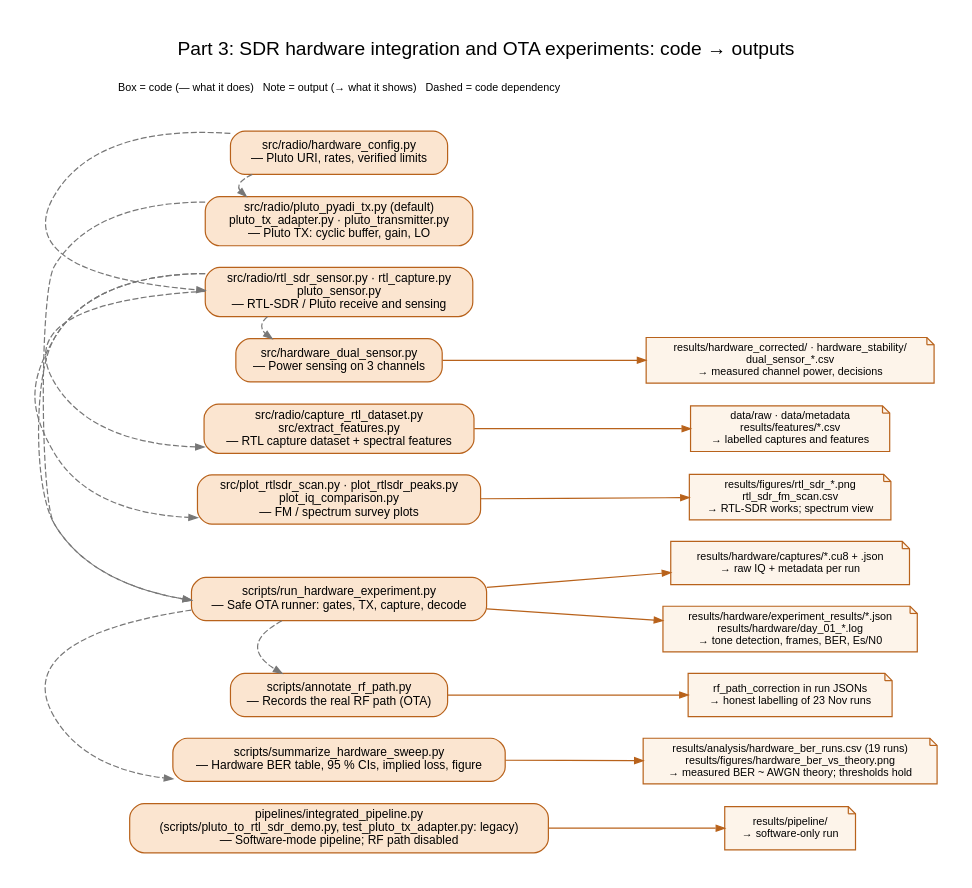
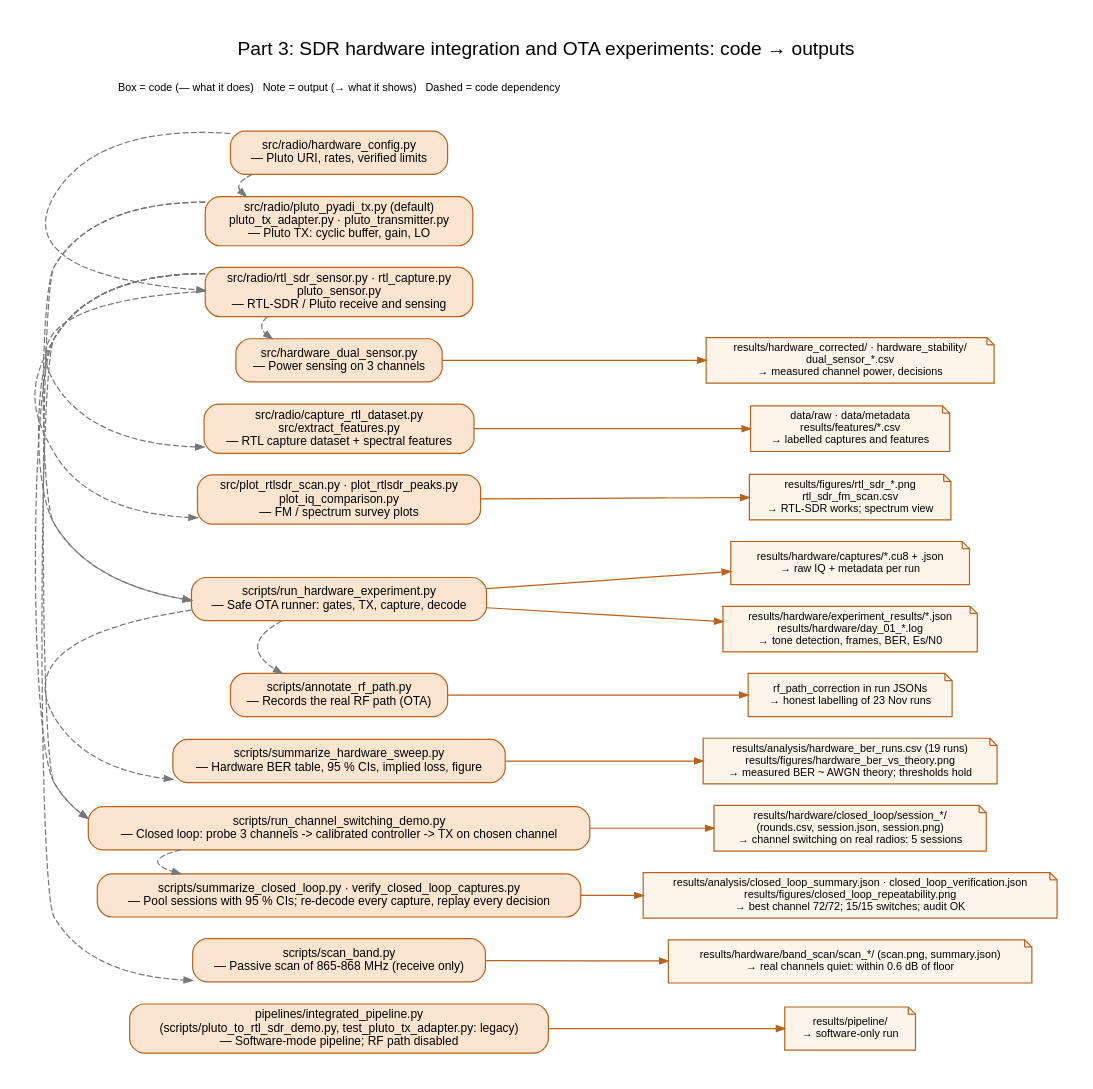
The diagram in docs/flowcharts/04_code_map_part3.dot (Aadiii21/cognitive-radio), drawn with Graphviz before and after one commit. The commit also changed 490 other files, not shown here.

Commit message:
Closed-loop channel switching on real radios: 5 sessions, audit, reports updated

```diff
--- a/docs/flowcharts/04_code_map_part3.dot
+++ b/docs/flowcharts/04_code_map_part3.dot
@@ -1,52 +1,68 @@
 digraph G {
   graph [rankdir=LR, fontname="Helvetica", fontsize=16, labelloc=t, nodesep=0.25, ranksep=0.45, pad=0.3];
   node [fontname="Helvetica", fontsize=10, margin="0.12,0.06"];
   edge [arrowsize=0.7, fontname="Helvetica"];
   label="Part 3: SDR hardware integration and OTA experiments: code → outputs";
   hcfg [shape=box, style="rounded,filled", fillcolor="#FBE5D0", color="#B8621B", label="src/radio/hardware_config.py\n— Pluto URI, rates, verified limits"];
   tx [shape=box, style="rounded,filled", fillcolor="#FBE5D0", color="#B8621B", label="src/radio/pluto_pyadi_tx.py (default)\npluto_tx_adapter.py · pluto_transmitter.py\n— Pluto TX: cyclic buffer, gain, LO"];
   rxh [shape=box, style="rounded,filled", fillcolor="#FBE5D0", color="#B8621B", label="src/radio/rtl_sdr_sensor.py · rtl_capture.py\npluto_sensor.py\n— RTL-SDR / Pluto receive and sensing"];
   sense [shape=box, style="rounded,filled", fillcolor="#FBE5D0", color="#B8621B", label="src/hardware_dual_sensor.py\n— Power sensing on 3 channels"];
   sense_o0 [shape=note, style=filled, fillcolor="#FDF4EA", color="#B8621B", fontsize=9, label="results/hardware_corrected/ · hardware_stability/\ndual_sensor_*.csv\n→ measured channel power, decisions"];
   sense -> sense_o0 [color="#B8621B"];
   dset [shape=box, style="rounded,filled", fillcolor="#FBE5D0", color="#B8621B", label="src/radio/capture_rtl_dataset.py\nsrc/extract_features.py\n— RTL capture dataset + spectral features"];
   dset_o0 [shape=note, style=filled, fillcolor="#FDF4EA", color="#B8621B", fontsize=9, label="data/raw · data/metadata\nresults/features/*.csv\n→ labelled captures and features"];
   dset -> dset_o0 [color="#B8621B"];
   rplot [shape=box, style="rounded,filled", fillcolor="#FBE5D0", color="#B8621B", label="src/plot_rtlsdr_scan.py · plot_rtlsdr_peaks.py\nplot_iq_comparison.py\n— FM / spectrum survey plots"];
   rplot_o0 [shape=note, style=filled, fillcolor="#FDF4EA", color="#B8621B", fontsize=9, label="results/figures/rtl_sdr_*.png\nrtl_sdr_fm_scan.csv\n→ RTL-SDR works; spectrum view"];
   rplot -> rplot_o0 [color="#B8621B"];
   run [shape=box, style="rounded,filled", fillcolor="#FBE5D0", color="#B8621B", label="scripts/run_hardware_experiment.py\n— Safe OTA runner: gates, TX, capture, decode"];
   run_o0 [shape=note, style=filled, fillcolor="#FDF4EA", color="#B8621B", fontsize=9, label="results/hardware/captures/*.cu8 + .json\n→ raw IQ + metadata per run"];
   run -> run_o0 [color="#B8621B"];
   run_o1 [shape=note, style=filled, fillcolor="#FDF4EA", color="#B8621B", fontsize=9, label="results/hardware/experiment_results/*.json\nresults/hardware/day_01_*.log\n→ tone detection, frames, BER, Es/N0"];
   run -> run_o1 [color="#B8621B"];
   annot [shape=box, style="rounded,filled", fillcolor="#FBE5D0", color="#B8621B", label="scripts/annotate_rf_path.py\n— Records the real RF path (OTA)"];
   annot_o0 [shape=note, style=filled, fillcolor="#FDF4EA", color="#B8621B", fontsize=9, label="rf_path_correction in run JSONs\n→ honest labelling of 23 Nov runs"];
   annot -> annot_o0 [color="#B8621B"];
   sweep [shape=box, style="rounded,filled", fillcolor="#FBE5D0", color="#B8621B", label="scripts/summarize_hardware_sweep.py\n— Hardware BER table, 95 % CIs, implied loss, figure"];
   sweep_o0 [shape=note, style=filled, fillcolor="#FDF4EA", color="#B8621B", fontsize=9, label="results/analysis/hardware_ber_runs.csv (19 runs)\nresults/figures/hardware_ber_vs_theory.png\n→ measured BER ~ AWGN theory; thresholds hold"];
   sweep -> sweep_o0 [color="#B8621B"];
+  cl [shape=box, style="rounded,filled", fillcolor="#FBE5D0", color="#B8621B", label="scripts/run_channel_switching_demo.py\n— Closed loop: probe 3 channels -> calibrated controller -> TX on chosen channel"];
+  cl_o0 [shape=note, style=filled, fillcolor="#FDF4EA", color="#B8621B", fontsize=9, label="results/hardware/closed_loop/session_*/\n(rounds.csv, session.json, session.png)\n→ channel switching on real radios: 5 sessions"];
+  cl -> cl_o0 [color="#B8621B"];
+  clsum [shape=box, style="rounded,filled", fillcolor="#FBE5D0", color="#B8621B", label="scripts/summarize_closed_loop.py · verify_closed_loop_captures.py\n— Pool sessions with 95 % CIs; re-decode every capture, replay every decision"];
+  clsum_o0 [shape=note, style=filled, fillcolor="#FDF4EA", color="#B8621B", fontsize=9, label="results/analysis/closed_loop_summary.json · closed_loop_verification.json\nresults/figures/closed_loop_repeatability.png\n→ best channel 72/72; 15/15 switches; audit OK"];
+  clsum -> clsum_o0 [color="#B8621B"];
+  scan [shape=box, style="rounded,filled", fillcolor="#FBE5D0", color="#B8621B", label="scripts/scan_band.py\n— Passive scan of 865-868 MHz (receive only)"];
+  scan_o0 [shape=note, style=filled, fillcolor="#FDF4EA", color="#B8621B", fontsize=9, label="results/hardware/band_scan/scan_*/ (scan.png, summary.json)\n→ real channels quiet: within 0.6 dB of floor"];
+  scan -> scan_o0 [color="#B8621B"];
   pipe [shape=box, style="rounded,filled", fillcolor="#FBE5D0", color="#B8621B", label="pipelines/integrated_pipeline.py\n(scripts/pluto_to_rtl_sdr_demo.py, test_pluto_tx_adapter.py: legacy)\n— Software-mode pipeline; RF path disabled"];
   pipe_o0 [shape=note, style=filled, fillcolor="#FDF4EA", color="#B8621B", fontsize=9, label="results/pipeline/\n→ software-only run"];
   pipe -> pipe_o0 [color="#B8621B"];
-  { rank=same; hcfg; tx; rxh; sense; dset; rplot; run; annot; sweep; pipe; }
+  { rank=same; hcfg; tx; rxh; sense; dset; rplot; run; annot; sweep; cl; clsum; scan; pipe; }
   hcfg -> tx [style=invis];
   tx -> rxh [style=invis];
   rxh -> sense [style=invis];
   sense -> dset [style=invis];
   dset -> rplot [style=invis];
   rplot -> run [style=invis];
   run -> annot [style=invis];
   annot -> sweep [style=invis];
-  sweep -> pipe [style=invis];
+  sweep -> cl [style=invis];
+  cl -> clsum [style=invis];
+  clsum -> scan [style=invis];
+  scan -> pipe [style=invis];
   hcfg -> tx [style=dashed, color="#777777", constraint=false];
   hcfg -> rxh [style=dashed, color="#777777", constraint=false];
   rxh -> sense [style=dashed, color="#777777", constraint=false];
   rxh -> dset [style=dashed, color="#777777", constraint=false];
   rxh -> rplot [style=dashed, color="#777777", constraint=false];
   tx -> run [style=dashed, color="#777777", constraint=false];
   rxh -> run [style=dashed, color="#777777", constraint=false];
   run -> annot [style=dashed, color="#777777", constraint=false];
   run -> sweep [style=dashed, color="#777777", constraint=false];
+  tx -> cl [style=dashed, color="#777777", constraint=false];
+  rxh -> cl [style=dashed, color="#777777", constraint=false];
+  cl -> clsum [style=dashed, color="#777777", constraint=false];
+  rxh -> scan [style=dashed, color="#777777", constraint=false];
   legend [shape=plaintext, fontsize=9, label="Box = code (— what it does)   Note = output (→ what it shows)   Dashed = code dependency"];
 }
```
